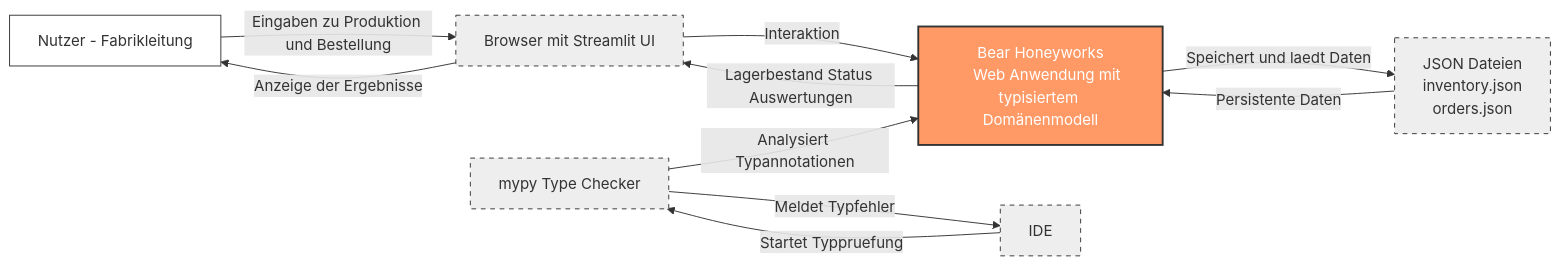
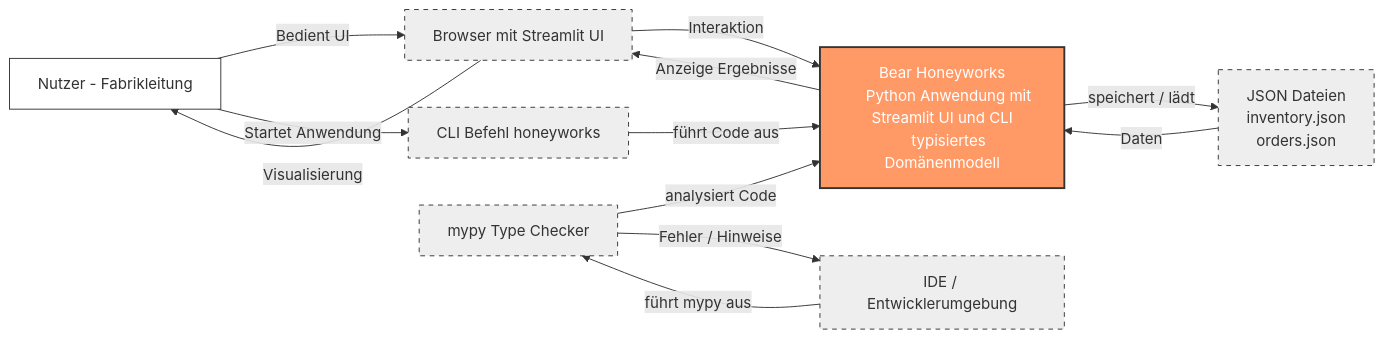
One commit to sebastianbichler/IU_2026_EF_LE_BER_VC_Python changed the third of 3 diagrams in src/student_projects/g08/docs/Konzept.md. Above: the diagram before and after it, drawn with Mermaid. The commit also changed other lines of this file and 7 other files, not shown here.

Commit message:
Final version: Bear Honeyworks with CI, integration tests, mypy demo and documentation

````diff
--- a/src/student_projects/g08/docs/Konzept.md
+++ b/src/student_projects/g08/docs/Konzept.md
@@ -259,35 +271,43 @@
 ```mermaid
 flowchart LR
     %% Styling
     classDef system fill:#f96,stroke:#333,stroke-width:2px,color:white;
     classDef actor fill:#fff,stroke:#333,stroke-width:1px;
     classDef external fill:#eee,stroke:#333,stroke-dasharray: 5 5;
 
     %% Akteure
     User["Nutzer - Fabrikleitung"]:::actor
 
     %% Hauptsystem
     System["Bear Honeyworks
-    Web Anwendung mit typisiertem Domänenmodell"]:::system
+    Python Anwendung mit Streamlit UI und CLI
+    typisiertes Domänenmodell"]:::system
 
-    %% Externe Tools / Systeme
+    %% Externe Komponenten
     Browser["Browser mit Streamlit UI"]:::external
+    CLI["CLI Befehl honeyworks"]:::external
     MyPyTool["mypy Type Checker"]:::external
-    IDE["IDE"]:::external
+    IDE["IDE / Entwicklerumgebung"]:::external
     JsonStore["JSON Dateien
     inventory.json
     orders.json"]:::external
 
-    %% Beziehungen
-    User -->|Eingaben zu Produktion und Bestellung| Browser
+    %% User Interaktion
+    User -->|Bedient UI| Browser
     Browser -->|Interaktion| System
-    System -->|Lagerbestand Status Auswertungen| Browser
-    Browser -->|Anzeige der Ergebnisse| User
+    System -->|Anzeige Ergebnisse| Browser
+    Browser -->|Visualisierung| User
 
-    System -->|Speichert und laedt Daten| JsonStore
-    JsonStore -->|Persistente Daten| System
+    %% CLI Nutzung
+    User -->|Startet Anwendung| CLI
+    CLI -->|führt Code aus| System
 
-    IDE -->|Startet Typpruefung| MyPyTool
-    MyPyTool -->|Analysiert Typannotationen| System
-    MyPyTool -->|Meldet Typfehler| IDE
+    %% Persistenz
+    System -->|speichert / lädt| JsonStore
+    JsonStore -->|Daten| System
+
+    %% mypy Workflow
+    IDE -->|führt mypy aus| MyPyTool
+    MyPyTool -->|analysiert Code| System
+    MyPyTool -->|Fehler / Hinweise| IDE
  ```
````
